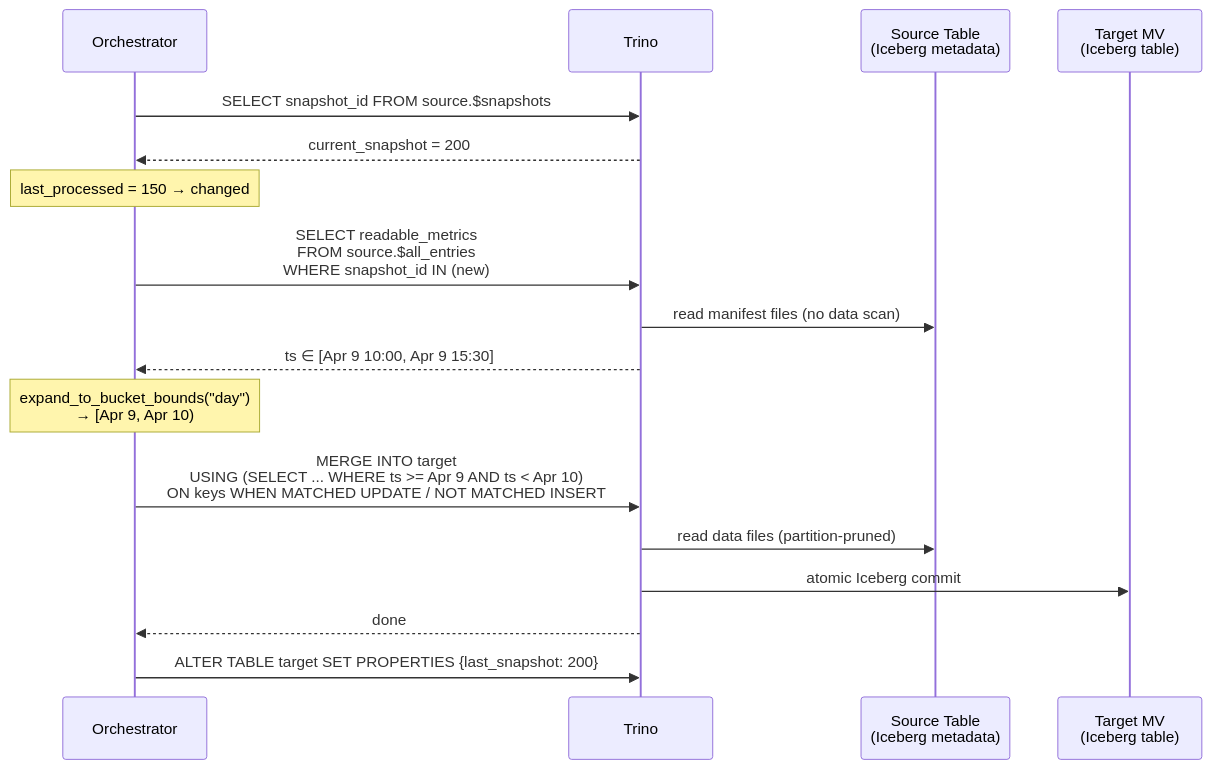
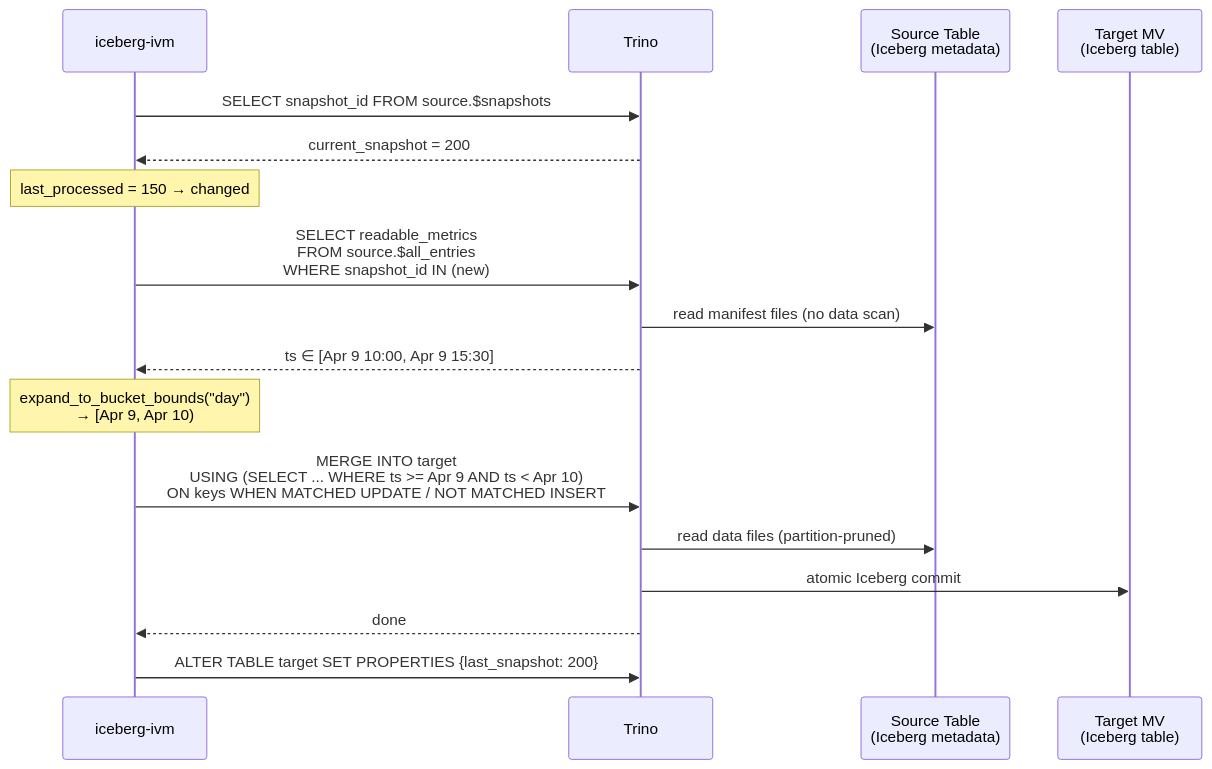
The first of 4 diagrams in README.md (jonasbrami/iceberg-ivm), drawn with Mermaid before and after one commit. The commit also changed other lines of this file and 16 other files, not shown here.

````diff
--- a/README.md
+++ b/README.md
@@ -98,25 +98,25 @@
 ```mermaid
 sequenceDiagram
-    participant O as Orchestrator
+    participant O as iceberg-ivm
     participant T as Trino
     participant SRC as Source Table<br/>(Iceberg metadata)
     participant TGT as Target MV<br/>(Iceberg table)
 
     O->>T: SELECT snapshot_id FROM source.$snapshots
     T-->>O: current_snapshot = 200
 
     Note over O: last_processed = 150 → changed
 
     O->>T: SELECT readable_metrics<br/>FROM source.$all_entries<br/>WHERE snapshot_id IN (new)
     T->>SRC: read manifest files (no data scan)
     T-->>O: ts ∈ [Apr 9 10:00, Apr 9 15:30]
 
     Note over O: expand_to_bucket_bounds("day")<br/>→ [Apr 9, Apr 10)
 
     O->>T: MERGE INTO target<br/>USING (SELECT ... WHERE ts >= Apr 9 AND ts < Apr 10)<br/>ON keys WHEN MATCHED UPDATE / NOT MATCHED INSERT
     T->>SRC: read data files (partition-pruned)
     T->>TGT: atomic Iceberg commit
     T-->>O: done
 
     O->>T: ALTER TABLE target SET PROPERTIES {last_snapshot: 200}
 ```
````
